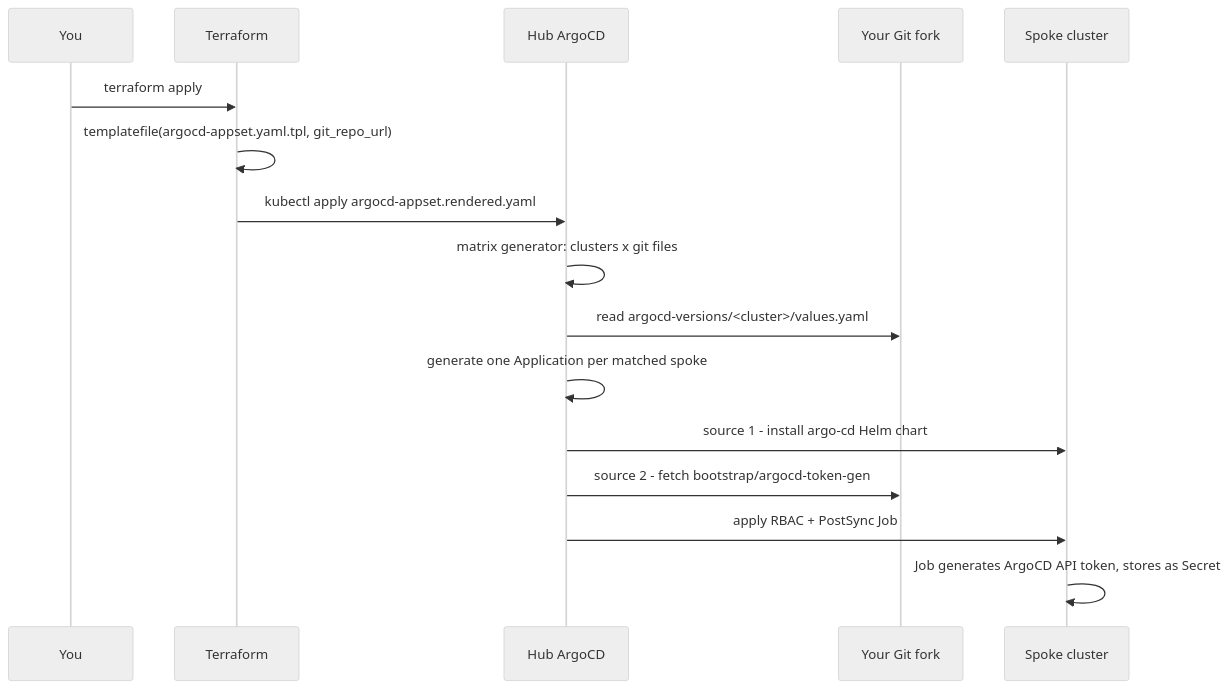
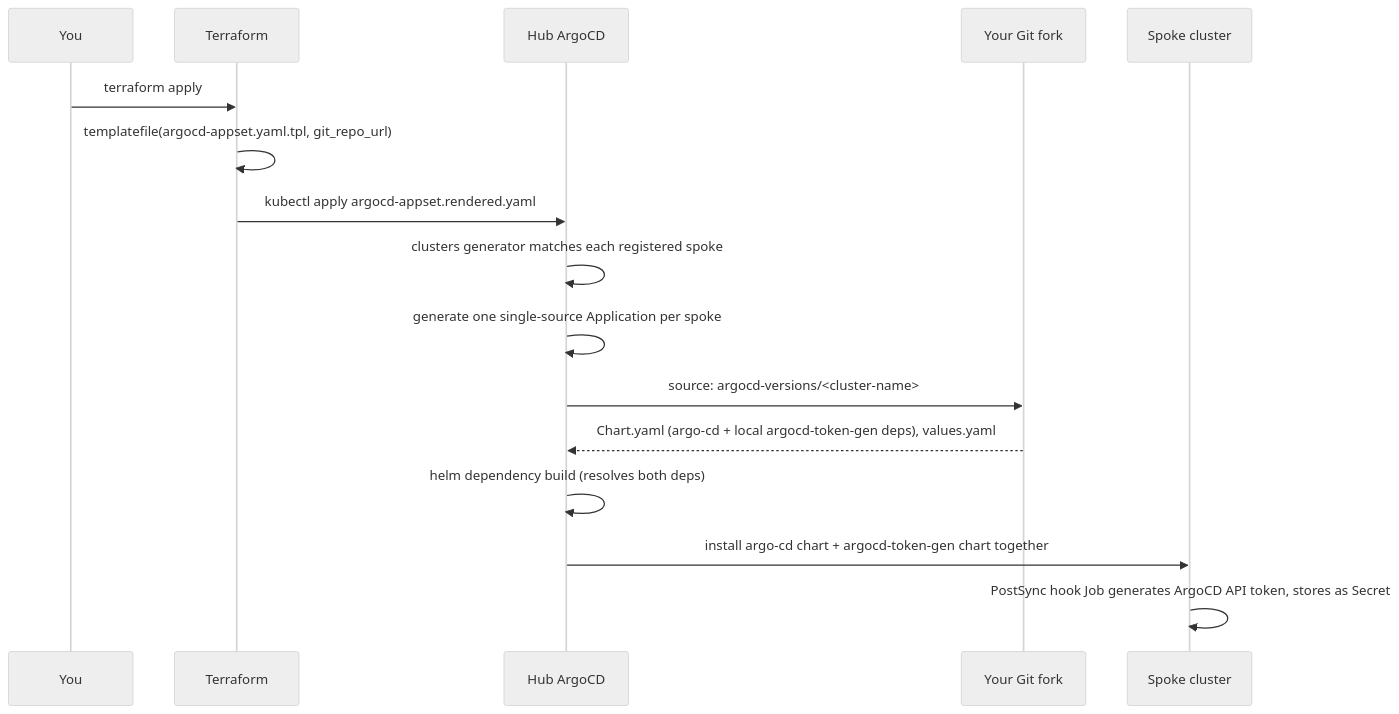
One commit to dustinvanbuskirk/dvb-argocd-rm changed the third of 4 diagrams in README.md. Above: the diagram before and after it, drawn with Mermaid (neutral theme). The commit also changed other lines of this file, not shown here.

````diff
--- a/README.md
+++ b/README.md
@@ -274,19 +323,19 @@
 ```mermaid
 sequenceDiagram
     participant You
     participant TF as Terraform
     participant Hub as Hub ArgoCD
     participant Git as Your Git fork
     participant Spoke as Spoke cluster
 
     You->>TF: terraform apply
     TF->>TF: templatefile(argocd-appset.yaml.tpl, git_repo_url)
     TF->>Hub: kubectl apply argocd-appset.rendered.yaml
-    Hub->>Hub: matrix generator: clusters x git files
-    Hub->>Git: read argocd-versions/<cluster>/values.yaml
-    Hub->>Hub: generate one Application per matched spoke
-    Hub->>Spoke: source 1 - install argo-cd Helm chart
-    Hub->>Git: source 2 - fetch bootstrap/argocd-token-gen
-    Hub->>Spoke: apply RBAC + PostSync Job
-    Spoke->>Spoke: Job generates ArgoCD API token, stores as Secret
+    Hub->>Hub: clusters generator matches each registered spoke
+    Hub->>Hub: generate one single-source Application per spoke
+    Hub->>Git: source: argocd-versions/<cluster-name>
+    Git-->>Hub: Chart.yaml (argo-cd + local argocd-token-gen deps), values.yaml
+    Hub->>Hub: helm dependency build (resolves both deps)
+    Hub->>Spoke: install argo-cd chart + argocd-token-gen chart together
+    Spoke->>Spoke: PostSync hook Job generates ArgoCD API token, stores as Secret
 ```
````
